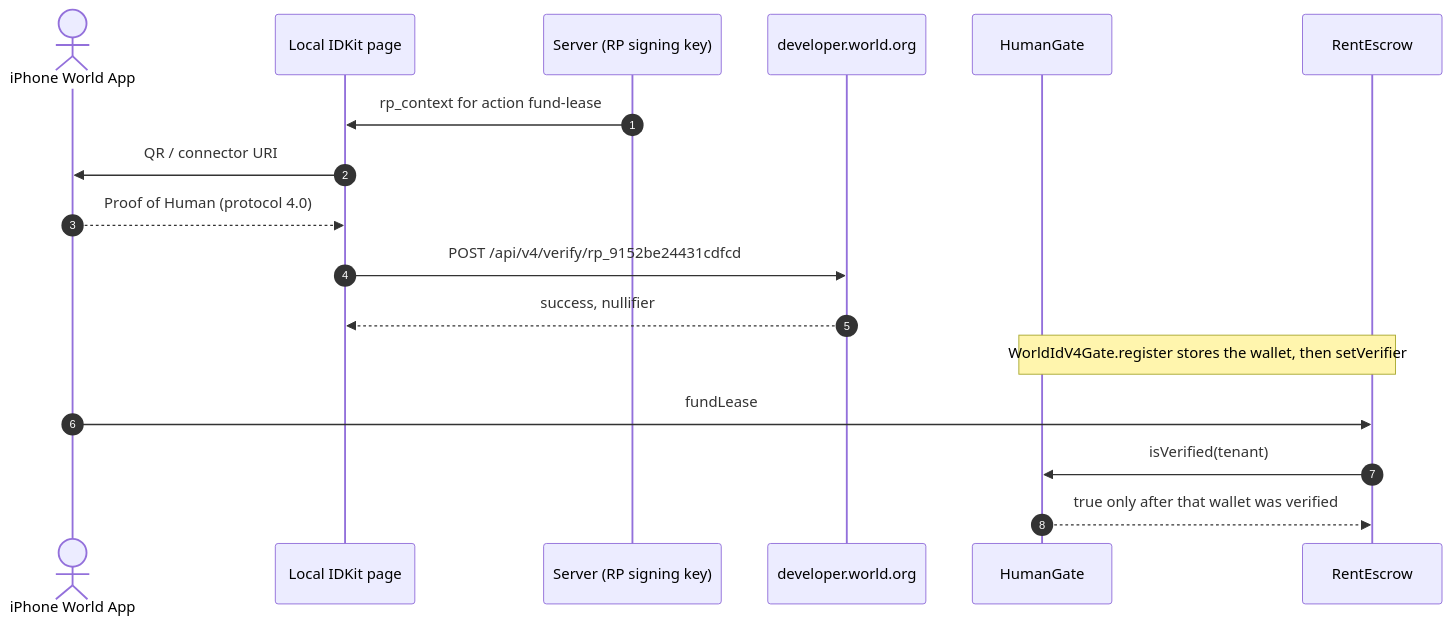
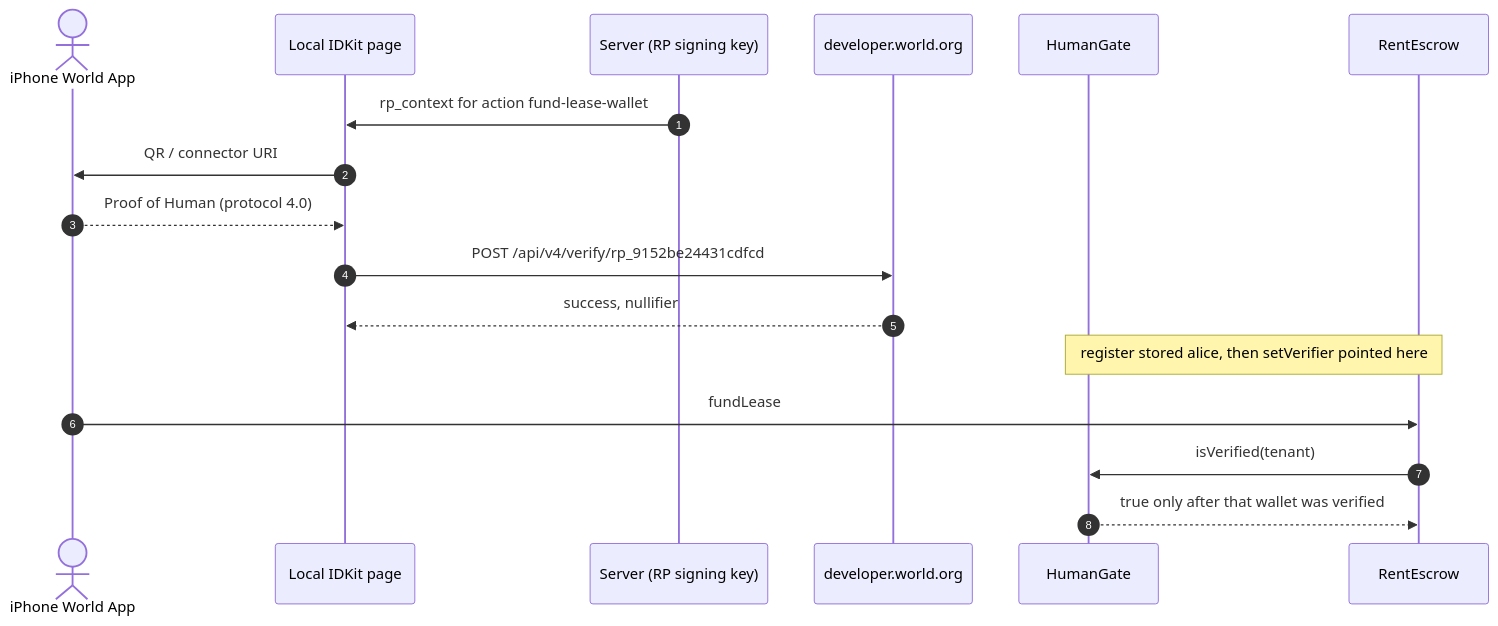
One commit to AiAlchemist0/rentouts-escrow changed the sixth of 12 diagrams in ARCHITECTURE.md. Above: the diagram before and after it, drawn with Mermaid. The commit also changed other lines of this file and 8 other files, not shown here.

First line of the commit message:
docs: World ID fund-lease-wallet gate is live (#13)

````diff
--- a/ARCHITECTURE.md
+++ b/ARCHITECTURE.md
@@ -298,19 +300,19 @@
 ```mermaid
 sequenceDiagram
     autonumber
     actor Phone as iPhone World App
     participant Page as Local IDKit page
     participant Sign as Server (RP signing key)
     participant World as developer.world.org
     participant HG as HumanGate
     participant RE as RentEscrow
-    Sign->>Page: rp_context for action fund-lease
+    Sign->>Page: rp_context for action fund-lease-wallet
     Page->>Phone: QR / connector URI
     Phone-->>Page: Proof of Human (protocol 4.0)
     Page->>World: POST /api/v4/verify/rp_9152be24431cdfcd
     World-->>Page: success, nullifier
-    Note over HG,RE: WorldIdV4Gate.register stores the wallet, then setVerifier
+    Note over HG,RE: register stored alice, then setVerifier pointed here
     Phone->>RE: fundLease
     RE->>HG: isVerified(tenant)
     HG-->>RE: true only after that wallet was verified
 ```
````
